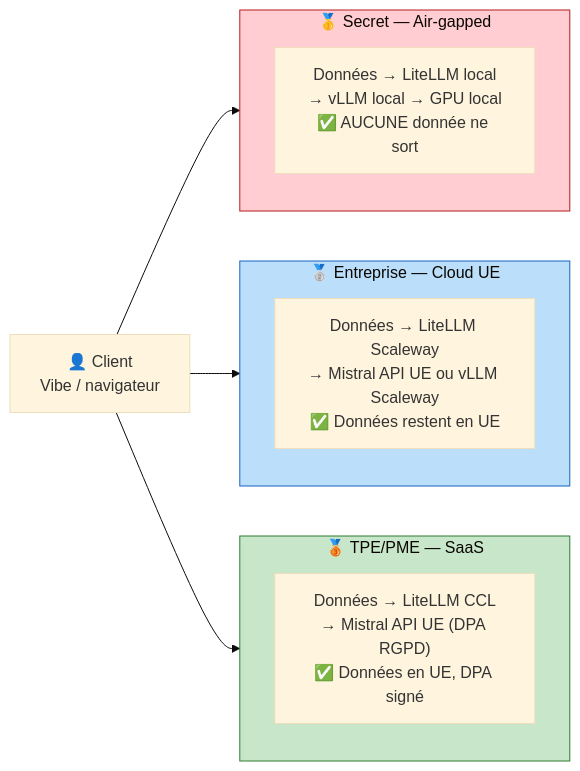
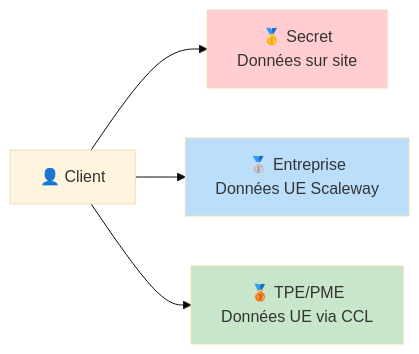
One commit to 4math2379/Recherches-IA-Souveraine changed the diagram in docs/architecture/schemas/03-flux-donnees.md. Above: the diagram before and after it, drawn with Mermaid (base theme). The commit also changed other lines of this file and 2 other files, not shown here.

Commit message:
feat: schémas .md avec SVG embarqué (rendu visuel pro) + version Mermaid éditable

````diff
--- a/docs/architecture/schemas/03-flux-donnees.md
+++ b/docs/architecture/schemas/03-flux-donnees.md
@@ -3,24 +11,9 @@
 ```mermaid
 flowchart LR
-    CLIENT["👤 Client<br/>Vibe / navigateur"]
-    
-    subgraph N1["🥇 Secret — Air-gapped"]
-        D1["Données → LiteLLM local<br/>→ vLLM local → GPU local<br/>✅ AUCUNE donnée ne sort"]
-    end
-    
-    subgraph N2["🥈 Entreprise — Cloud UE"]
-        D2["Données → LiteLLM Scaleway<br/>→ Mistral API UE ou vLLM Scaleway<br/>✅ Données restent en UE"]
-    end
-    
-    subgraph N3["🥉 TPE/PME — SaaS"]
-        D3["Données → LiteLLM CCL<br/>→ Mistral API UE (DPA RGPD)<br/>✅ Données en UE, DPA signé"]
-    end
-    
-    CLIENT --> N1
-    CLIENT --> N2
-    CLIENT --> N3
-    
-    style N1 fill:#ffcdd2,stroke:#b71c1c
-    style N2 fill:#bbdefb,stroke:#1565c0
-    style N3 fill:#c8e6c9,stroke:#2e7d32
+    CLIENT["👤 Client"] --> N1["🥇 Secret<br/>Données sur site"]
+    CLIENT --> N2["🥈 Entreprise<br/>Données UE Scaleway"]
+    CLIENT --> N3["🥉 TPE/PME<br/>Données UE via CCL"]
+    style N1 fill:#ffcdd2
+    style N2 fill:#bbdefb
+    style N3 fill:#c8e6c9
 ```
````
